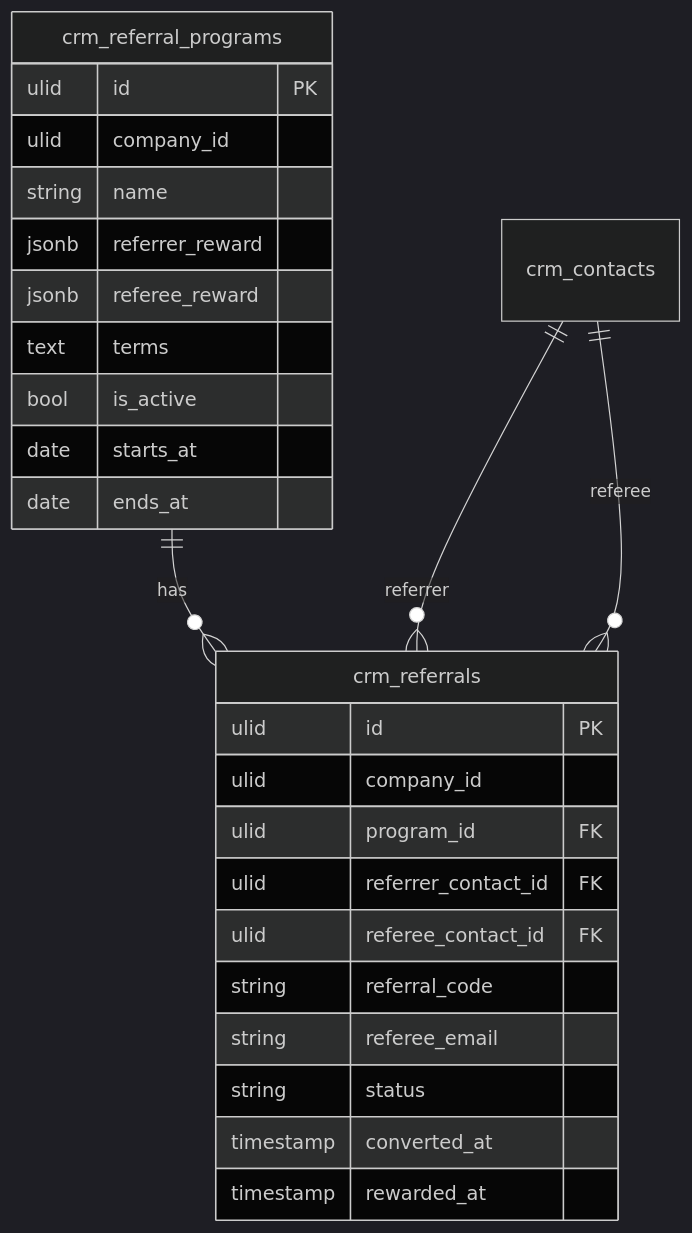
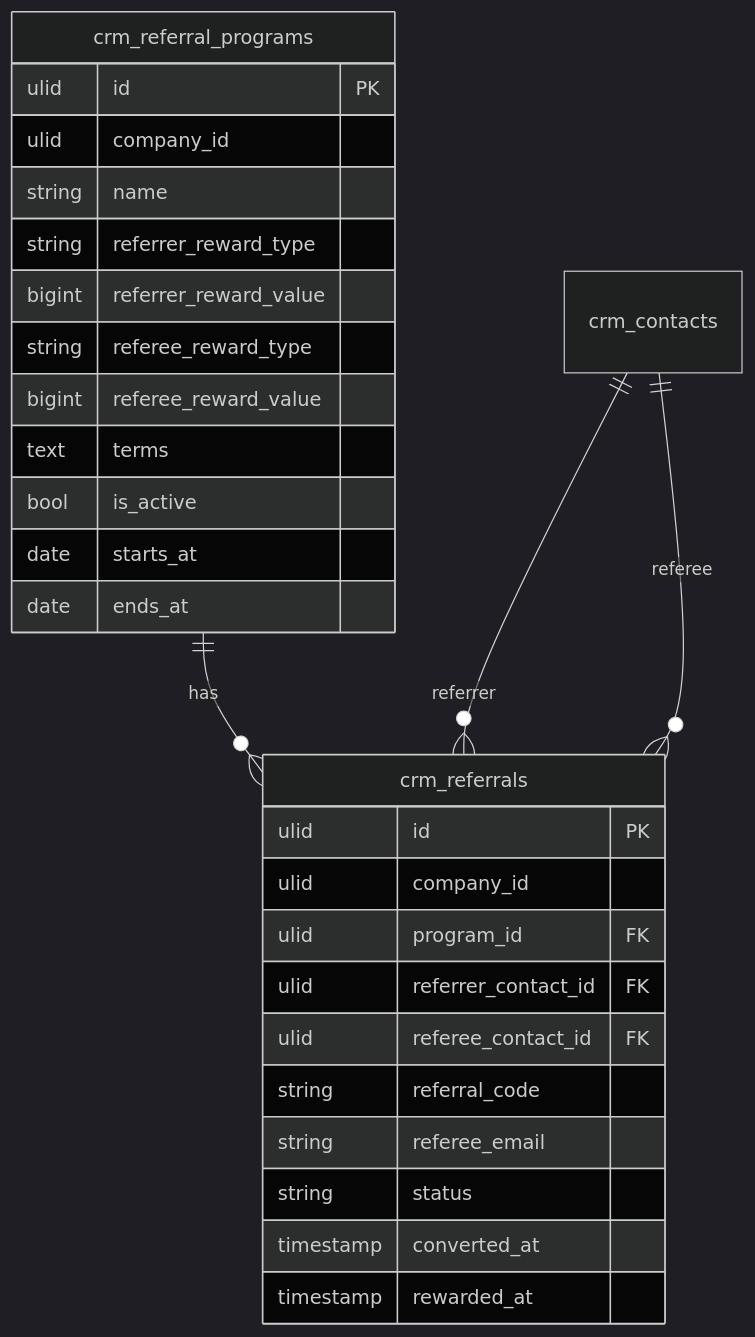
The diagram in vault/domains/crm/referral-program/data-model.md (Max-Nijenkamp/FlowFlex), drawn with Mermaid (dark theme) before and after one commit. The commit also changed other lines of this file and 44 other files, not shown here.

````diff
--- a/vault/domains/crm/referral-program/data-model.md
+++ b/vault/domains/crm/referral-program/data-model.md
@@ -45,29 +49,31 @@
 ```mermaid
 erDiagram
     crm_referral_programs ||--o{ crm_referrals : "has"
     crm_contacts ||--o{ crm_referrals : "referrer"
     crm_contacts ||--o{ crm_referrals : "referee"
     crm_referral_programs {
         ulid id PK
         ulid company_id
         string name
-        jsonb referrer_reward
-        jsonb referee_reward
+        string referrer_reward_type
+        bigint referrer_reward_value
+        string referee_reward_type
+        bigint referee_reward_value
         text terms
         bool is_active
         date starts_at
         date ends_at
     }
     crm_referrals {
         ulid id PK
         ulid company_id
         ulid program_id FK
         ulid referrer_contact_id FK
         ulid referee_contact_id FK
         string referral_code
         string referee_email
         string status
         timestamp converted_at
         timestamp rewarded_at
     }
 ```
````
